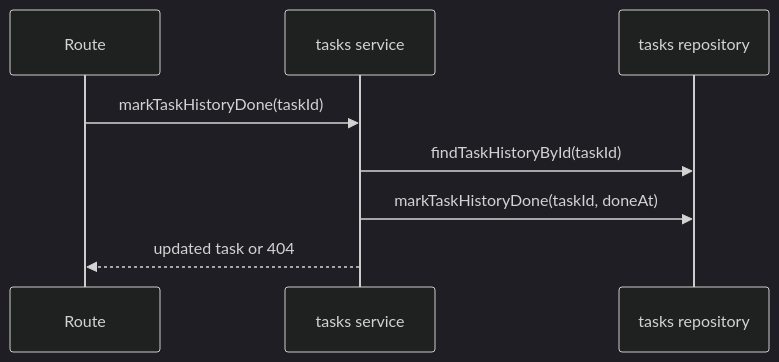
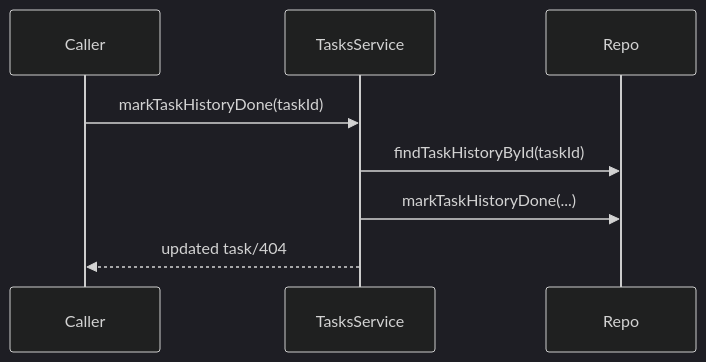
Before and after one commit to TurtleStoffel/tektite-console: the fourth of 8 diagrams in src/backend/domains/tasks/README.md, drawn with Mermaid (dark theme). The commit also changed other lines of this file and 30 other files, not shown here.

````diff
--- a/src/backend/domains/tasks/README.md
+++ b/src/backend/domains/tasks/README.md
@@ -48,10 +44,10 @@
 ```mermaid
 sequenceDiagram
-    participant Route
-    participant Service as tasks service
-    participant Repo as tasks repository
-    Route->>Service: markTaskHistoryDone(taskId)
-    Service->>Repo: findTaskHistoryById(taskId)
-    Service->>Repo: markTaskHistoryDone(taskId, doneAt)
-    Service-->>Route: updated task or 404
+    participant Caller
+    participant TasksService
+    participant Repo
+    Caller->>TasksService: markTaskHistoryDone(taskId)
+    TasksService->>Repo: findTaskHistoryById(taskId)
+    TasksService->>Repo: markTaskHistoryDone(...)
+    TasksService-->>Caller: updated task/404
 ```
````
